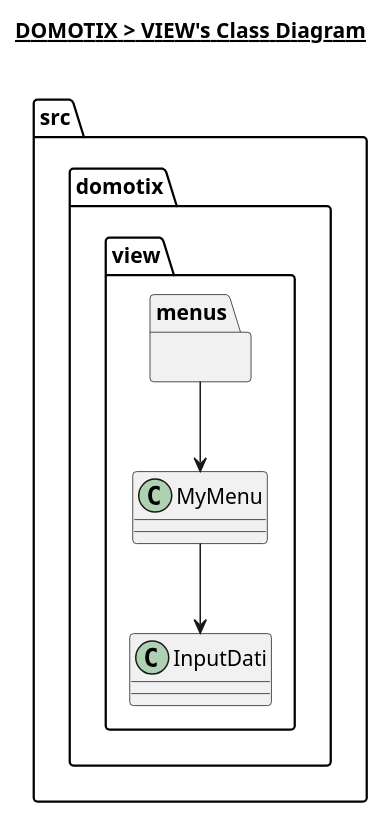
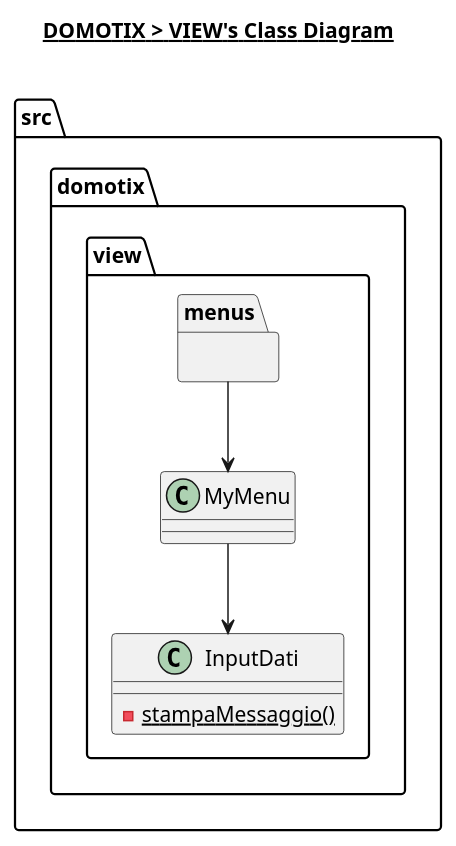
The diagram in src/domotix/view/view.plantuml (Edoar-do/Domotix), drawn with PlantUML before and after one commit. The commit also changed 40 other files, not shown here.

Commit message:
Aggiunge documentazione diagrammi V5

```diff
--- a/src/domotix/view/view.plantuml
+++ b/src/domotix/view/view.plantuml
@@ -1,23 +1,24 @@
 @startuml
 
 title __DOMOTIX > VIEW's Class Diagram__\n
 
 namespace src.domotix.view {
 
     class src.domotix.view.InputDati {
+        {static} - stampaMessaggio()
     }
 
     class src.domotix.view.MyMenu {
     }
 
     namespace menus {
     }
 
 }
 
 
 src.domotix.view.MyMenu --> src.domotix.view.InputDati
 src.domotix.view.menus --> src.domotix.view.MyMenu
 
 
 @enduml
```
